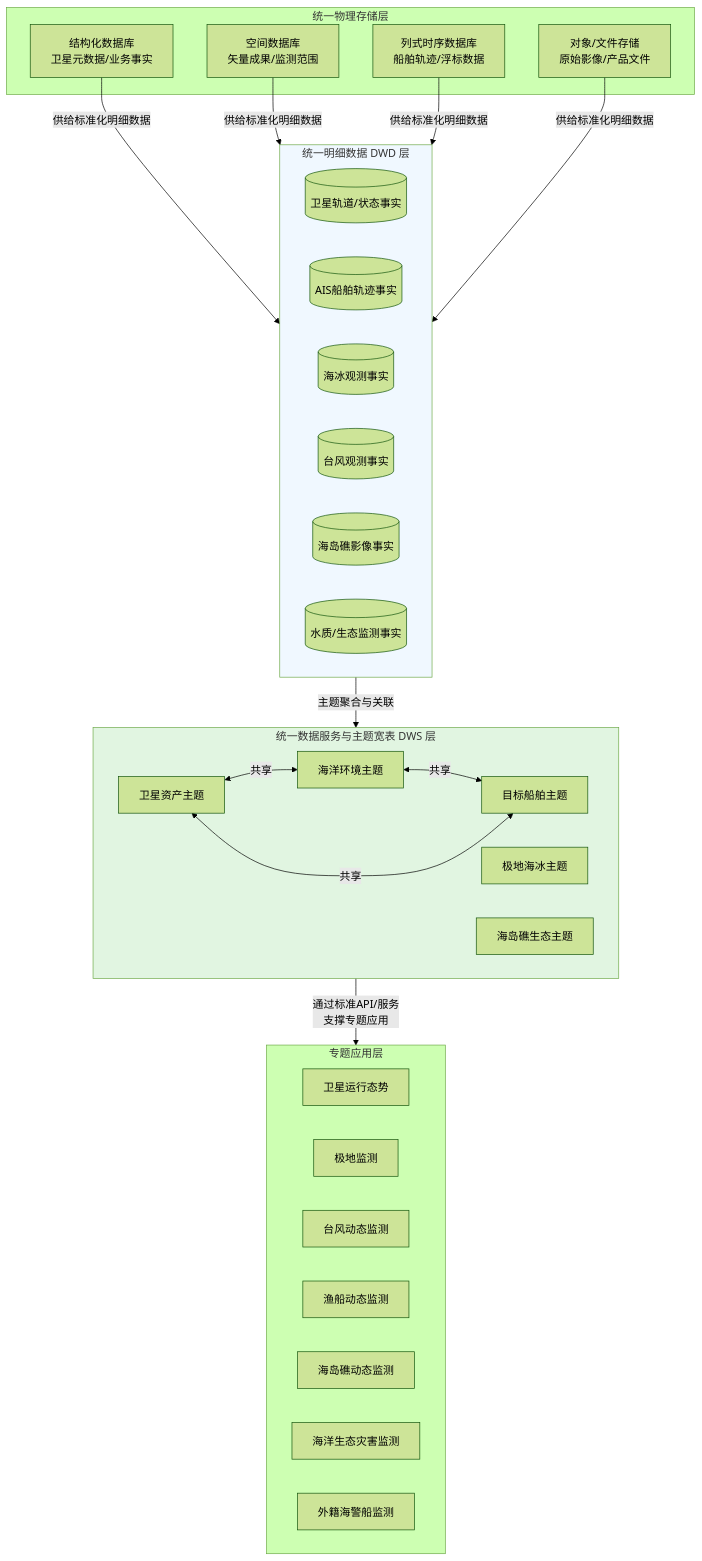
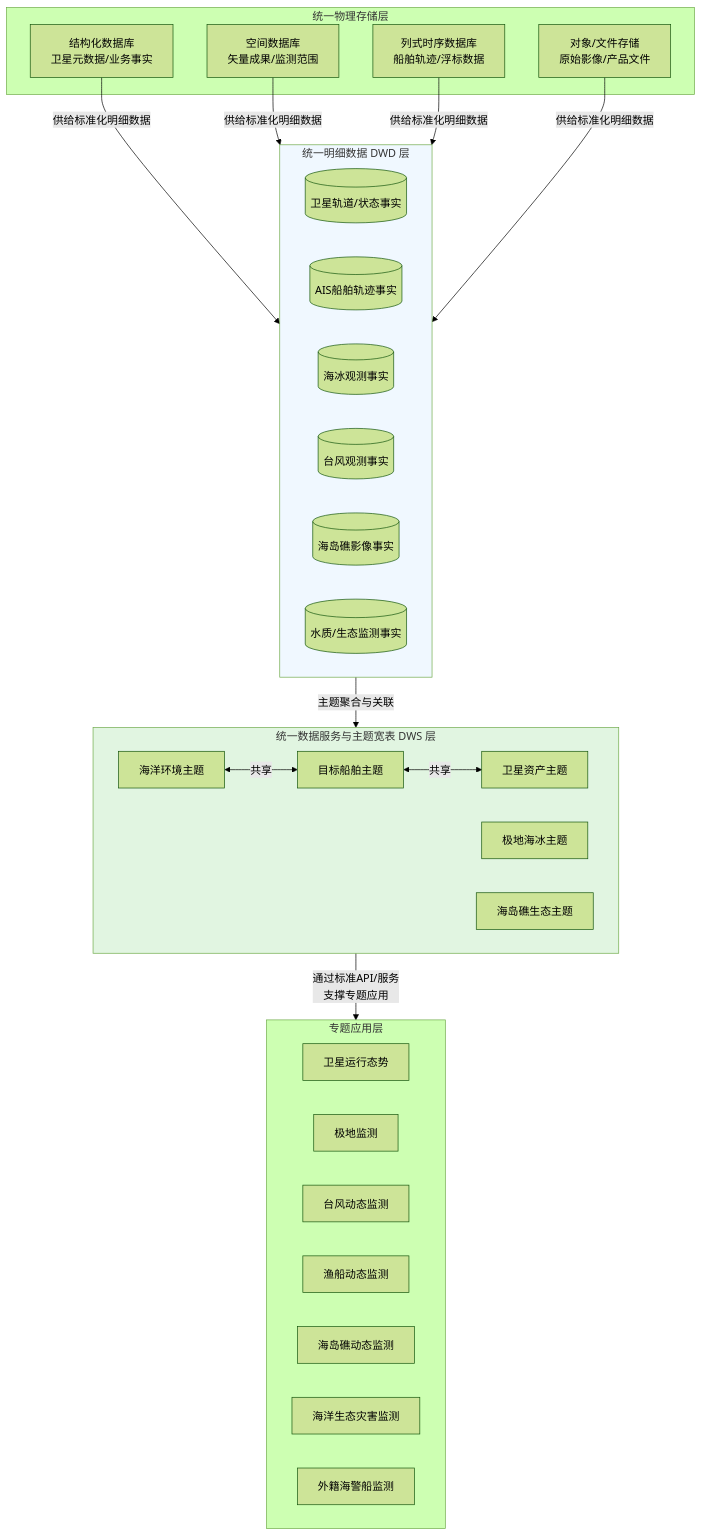
One commit to MyJohn2/iodraw-files changed the diagram in all/未命名.md. Above: the diagram before and after it, drawn with Mermaid (forest theme).

Commit message:
2026-01-15 13:02:56 update

````diff
--- a/all/未命名.md
+++ b/all/未命名.md
@@ -1,43 +1,44 @@
 ```mermaid
 graph TD
     subgraph A [专题应用层]
         A1[卫星运行态势]
         A2[极地监测]
         A3[台风动态监测]
         A4[渔船动态监测]
         A5[海岛礁动态监测]
         A6[海洋生态灾害监测]
         A7[外籍海警船监测]
     end
 
     subgraph B [统一数据服务与主题宽表 DWS 层]
-        B1[卫星资产主题]<-->|共享| B2[海洋环境主题]
+        B1[卫星资产主题]
+        B2[海洋环境主题]
         B2<-->|共享| B3[目标船舶主题]
         B3<-->|共享| B1
         B4[极地海冰主题]
         B5[海岛礁生态主题]
     end
 
     subgraph C [统一明细数据 DWD 层]
         C1[(卫星轨道/状态事实)]
         C2[(AIS船舶轨迹事实)]
         C3[(海冰观测事实)]
         C4[(台风观测事实)]
         C5[(海岛礁影像事实)]
         C6[(水质/生态监测事实)]
     end
 
     subgraph D [统一物理存储层]
         D1[结构化数据库<br>卫星元数据/业务事实]
         D2[空间数据库<br>矢量成果/监测范围]
         D3[列式时序数据库<br>船舶轨迹/浮标数据]
         D4[对象/文件存储<br>原始影像/产品文件]
     end
 
     D1 & D2 & D3 & D4 -- 供给标准化明细数据 --> C
     C -- 主题聚合与关联 --> B
     B -- 通过标准API/服务 <br> 支撑专题应用 --> A
     
     style B fill:#e1f5e1
     style C fill:#f0f8ff
 ```
````
